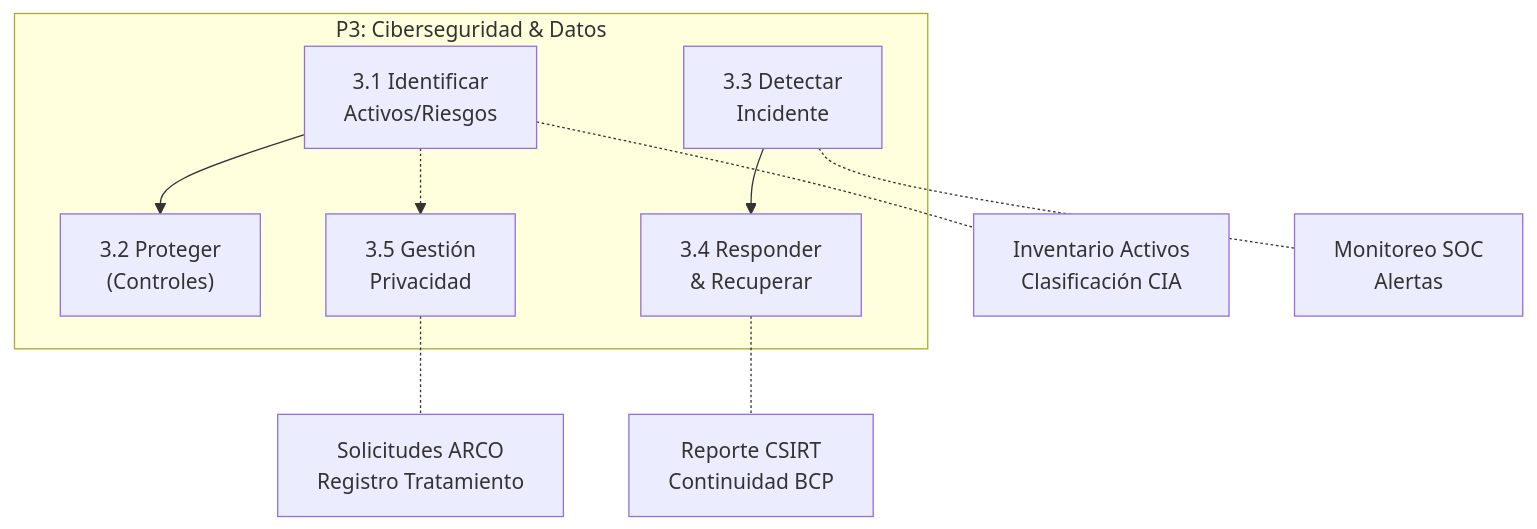
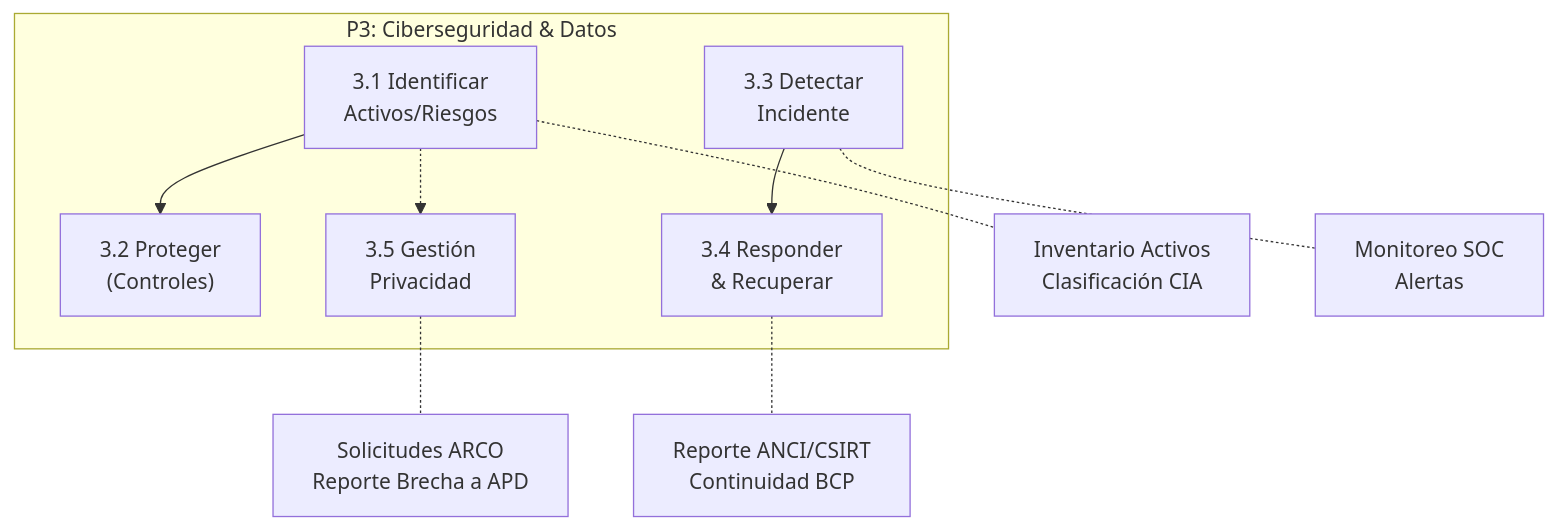
The fifth of 8 diagrams in docs/blueprint/domains/domain_d-tde.md (felix-antonio-sl/gore_os), drawn with Mermaid before and after one commit. The commit also changed other lines of this file and 26 other files, not shown here.

````diff
--- a/docs/blueprint/domains/domain_d-tde.md
+++ b/docs/blueprint/domains/domain_d-tde.md
@@ -234,19 +349,19 @@
 ```mermaid
 flowchart TB
     subgraph P3["P3: Ciberseguridad & Datos"]
         P3_1["3.1 Identificar<br/>Activos/Riesgos"]
         P3_2["3.2 Proteger<br/>(Controles)"]
         P3_3["3.3 Detectar<br/>Incidente"]
         P3_4["3.4 Responder<br/>& Recuperar"]
         P3_5["3.5 Gestión<br/>Privacidad"]
     end
 
     P3_1 --> P3_2
     P3_3 --> P3_4
     P3_1 -.-> P3_5
 
     P3_1 -.- N1["Inventario Activos<br/>Clasificación CIA"]
     P3_3 -.- N2["Monitoreo SOC<br/>Alertas"]
-    P3_4 -.- N3["Reporte CSIRT<br/>Continuidad BCP"]
-    P3_5 -.- N4["Solicitudes ARCO<br/>Registro Tratamiento"]
+    P3_4 -.- N3["Reporte ANCI/CSIRT<br/>Continuidad BCP"]
+    P3_5 -.- N4["Solicitudes ARCO<br/>Reporte Brecha a APD"]
 ```
````
